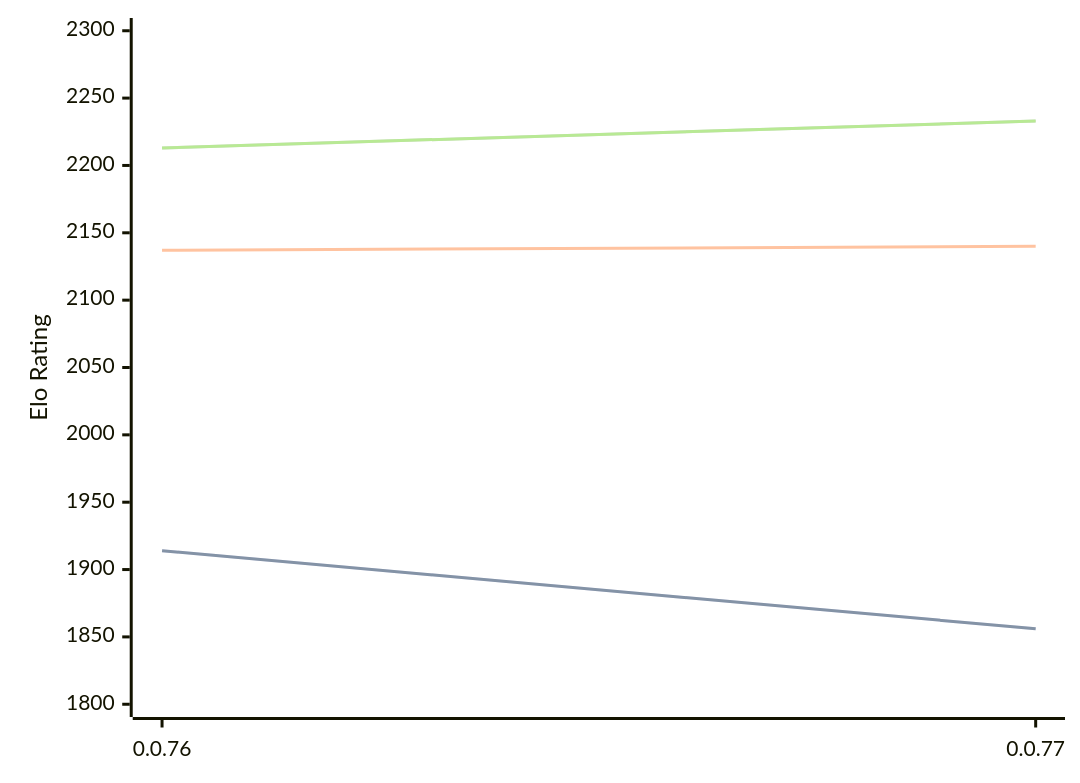
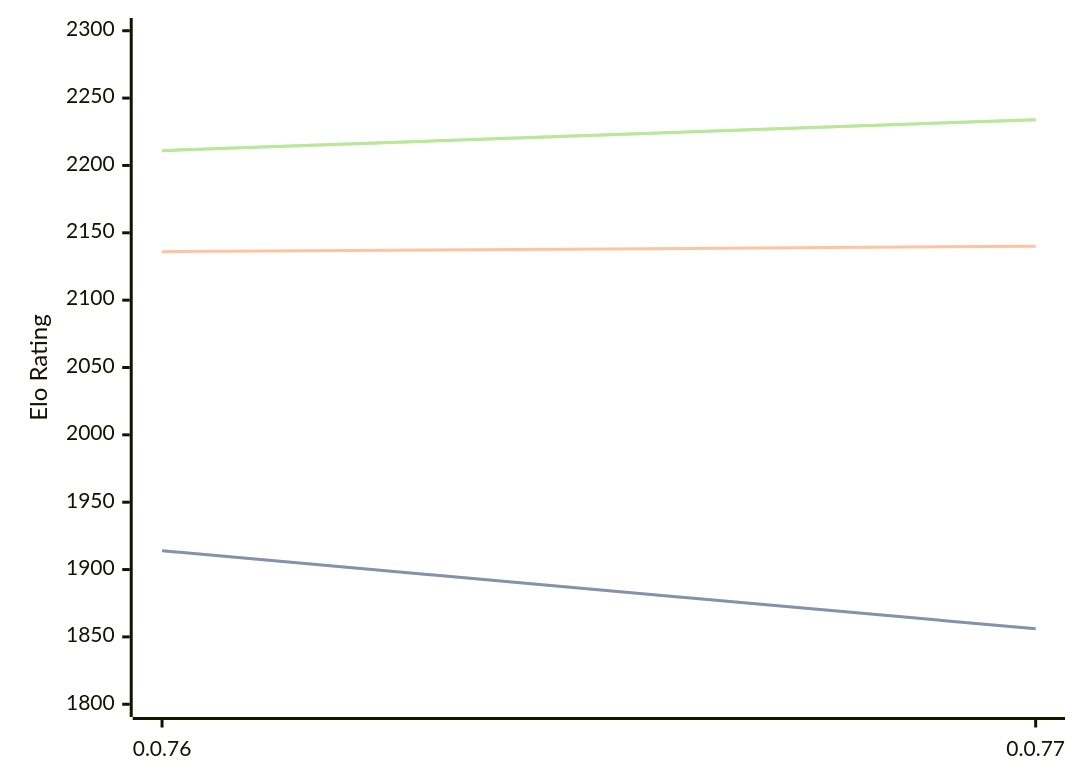
The diagram in engines/Fktb.md (computer-chess-index/cci), drawn with Mermaid before and after one commit. The commit also changed other lines of this file, not shown here.

Commit message:
Update CCI Ratings (ELO VLTC) - 2026-09-03

````diff
--- a/engines/Fktb.md
+++ b/engines/Fktb.md
@@ -32,11 +32,11 @@
 ```mermaid
 %%{init: {"theme":"base","themeVariables":{"seriesColors:['#a3a3a3','#222221','#faa371']}}}%%
 xychart-beta
   x-axis ["0.0.76", "0.0.77"]
   y-axis "Elo Rating" 1800 --> 2300
   line "" [1914, 1856]
   line "STC (8.0+0.08s)" [1914, 1856]
-  line "LTC (60.0+0.60s)" [2137, 2140]
-  line "" [2213, 2233]
-  line "VLTC (2m24s+1.12s)" [2213, 2233]
+  line "LTC (60.0+0.60s)" [2136, 2140]
+  line "" [2211, 2234]
+  line "VLTC (2m24s+1.12s)" [2211, 2234]
 ```
````
